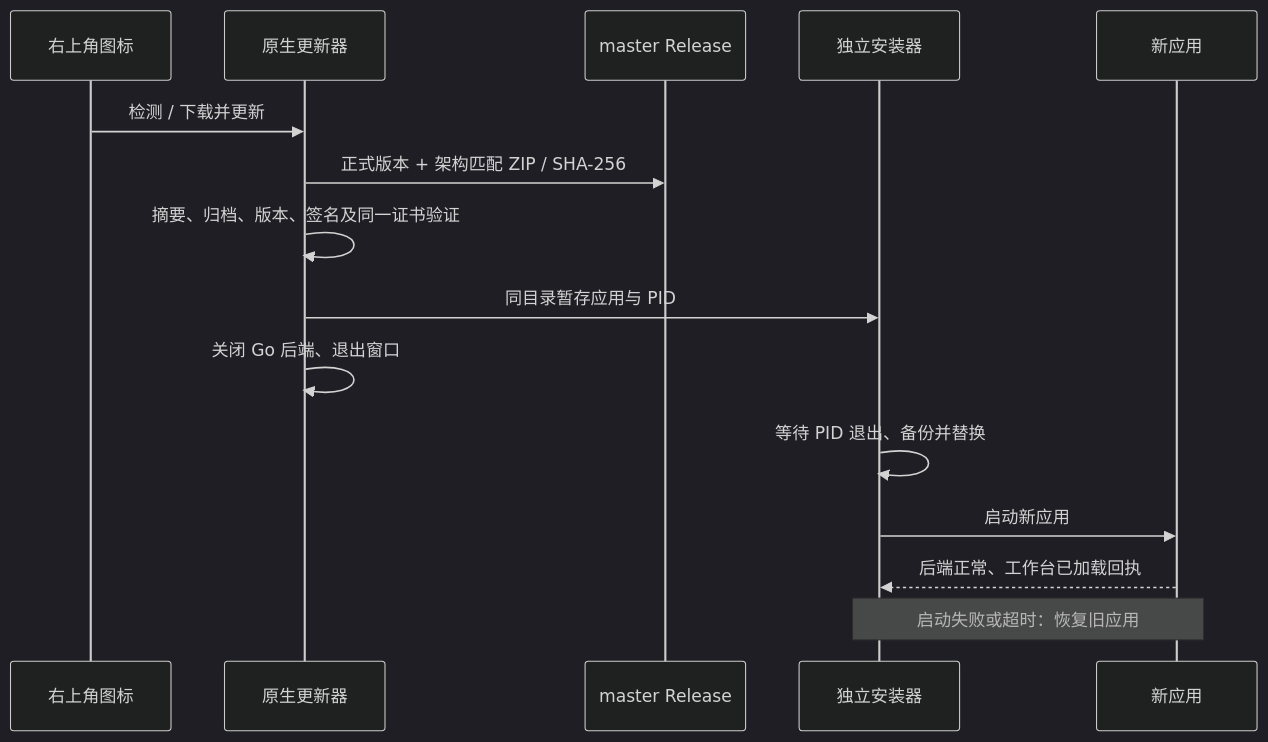
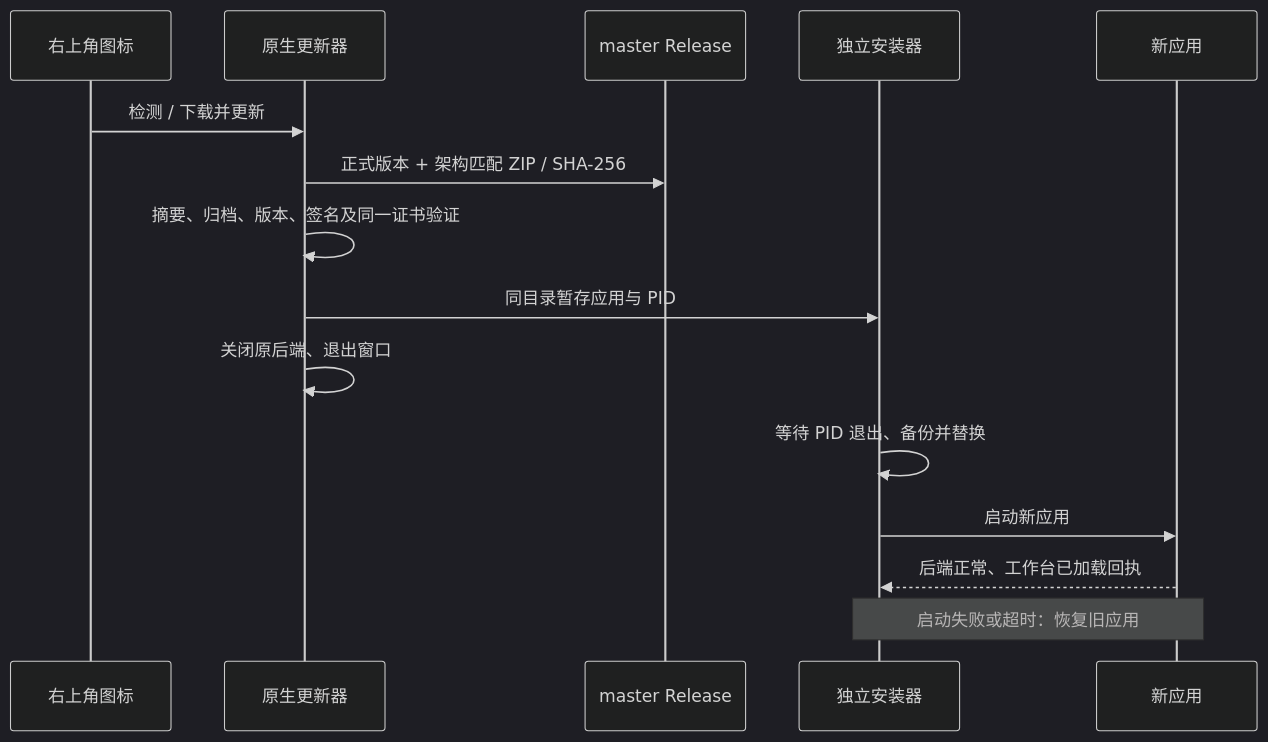
One commit to Clean-Lakes/Lake changed the diagram in client/macos/README.md. Above: the diagram before and after it, drawn with Mermaid (dark theme). The commit also changed other lines of this file and 24 other files, not shown here.

````diff
--- a/client/macos/README.md
+++ b/client/macos/README.md
@@ -19,17 +19,17 @@
 ```mermaid
 sequenceDiagram
     participant UI as 右上角图标
     participant Native as 原生更新器
     participant GitHub as master Release
     participant Helper as 独立安装器
     participant App as 新应用
     UI->>Native: 检测 / 下载并更新
     Native->>GitHub: 正式版本 + 架构匹配 ZIP / SHA-256
     Native->>Native: 摘要、归档、版本、签名及同一证书验证
     Native->>Helper: 同目录暂存应用与 PID
-    Native->>Native: 关闭 Go 后端、退出窗口
+    Native->>Native: 关闭原后端、退出窗口
     Helper->>Helper: 等待 PID 退出、备份并替换
     Helper->>App: 启动新应用
     App-->>Helper: 后端正常、工作台已加载回执
     Note over Helper,App: 启动失败或超时：恢复旧应用
 ```
````
